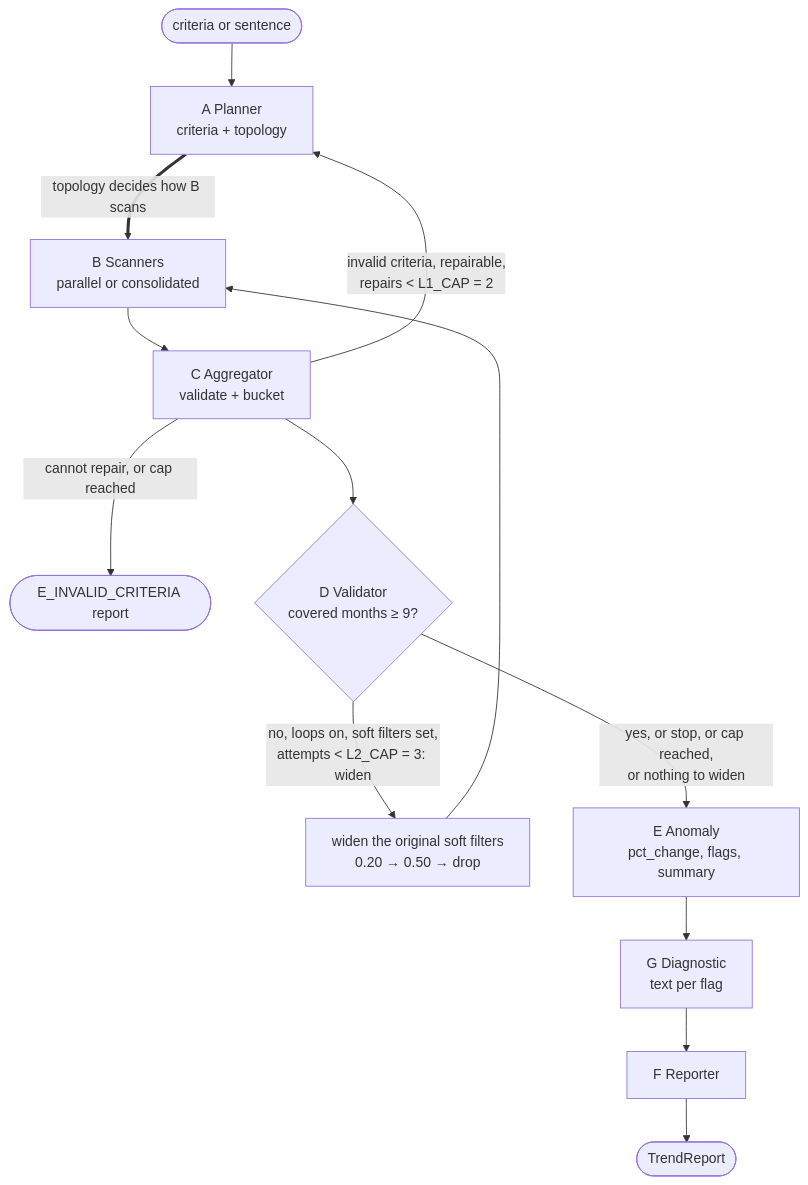
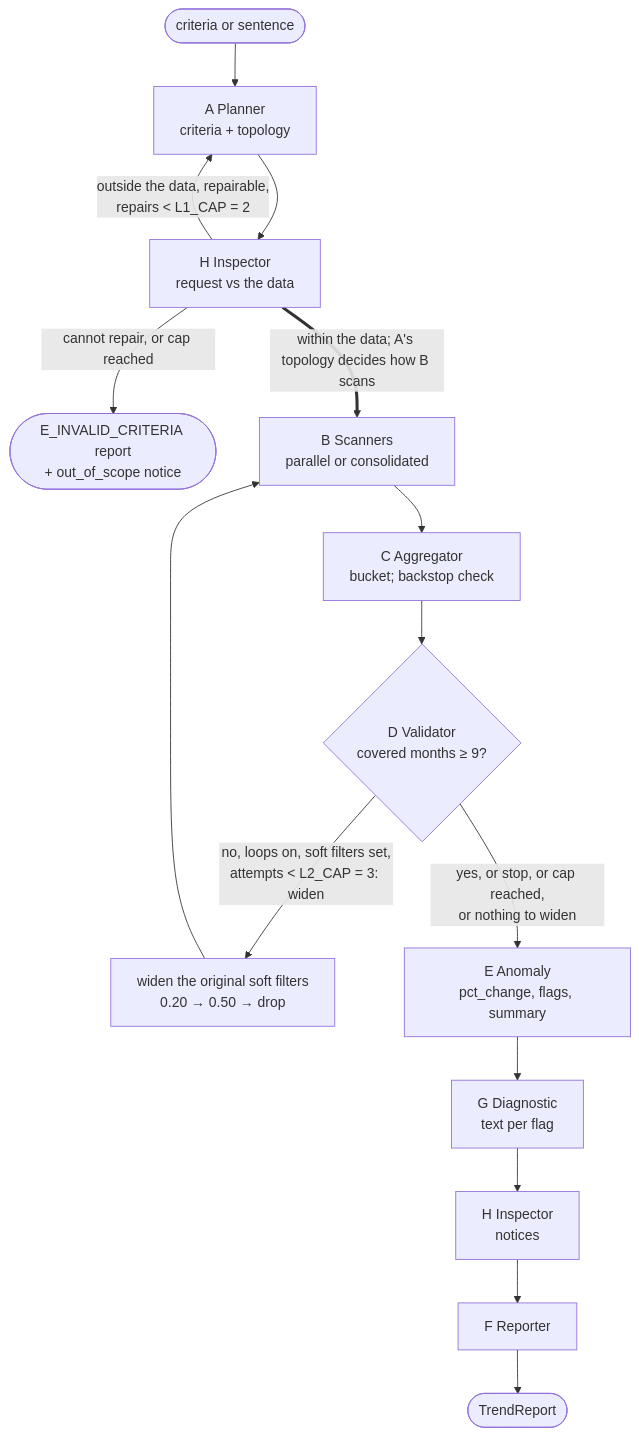
One commit to 4dotk/plotline changed the diagram in docs/report/01_system.md. Above: the diagram before and after it, drawn with Mermaid. The commit also changed other lines of this file and 12 other files, not shown here.

Commit message:
docs: contracts, design changes and report brought to the frozen 1.2.0 code (Inspector, notices, MR11)

````diff
--- a/docs/report/01_system.md
+++ b/docs/report/01_system.md
@@ -48,14 +49,15 @@
 ```mermaid
 flowchart TD
     IN([criteria or sentence]) --> A[A Planner<br/>criteria + topology]
-    A ==>|topology decides how B scans| B[B Scanners<br/>parallel or consolidated]
-    B --> C[C Aggregator<br/>validate + bucket]
-    C -->|invalid criteria, repairable,<br/>repairs &lt; L1_CAP = 2| A
-    C -->|cannot repair, or cap reached| ERR([E_INVALID_CRITERIA report])
+    A --> H[H Inspector<br/>request vs the data]
+    H -->|outside the data, repairable,<br/>repairs &lt; L1_CAP = 2| A
+    H -->|cannot repair, or cap reached| ERR([E_INVALID_CRITERIA report<br/>+ out_of_scope notice])
+    H ==>|within the data; A's topology decides how B scans| B[B Scanners<br/>parallel or consolidated]
+    B --> C[C Aggregator<br/>bucket; backstop check]
     C --> D{D Validator<br/>covered months &ge; 9?}
     D -->|no, loops on, soft filters set,<br/>attempts &lt; L2_CAP = 3: widen| W[widen the original soft filters<br/>0.20 → 0.50 → drop]
     W --> B
     D -->|yes, or stop, or cap reached,<br/>or nothing to widen| E[E Anomaly<br/>pct_change, flags, summary]
     E --> G[G Diagnostic<br/>text per flag]
-    G --> F[F Reporter] --> OUT([TrendReport])
+    G --> N[H Inspector<br/>notices] --> F[F Reporter] --> OUT([TrendReport])
 ```
````
